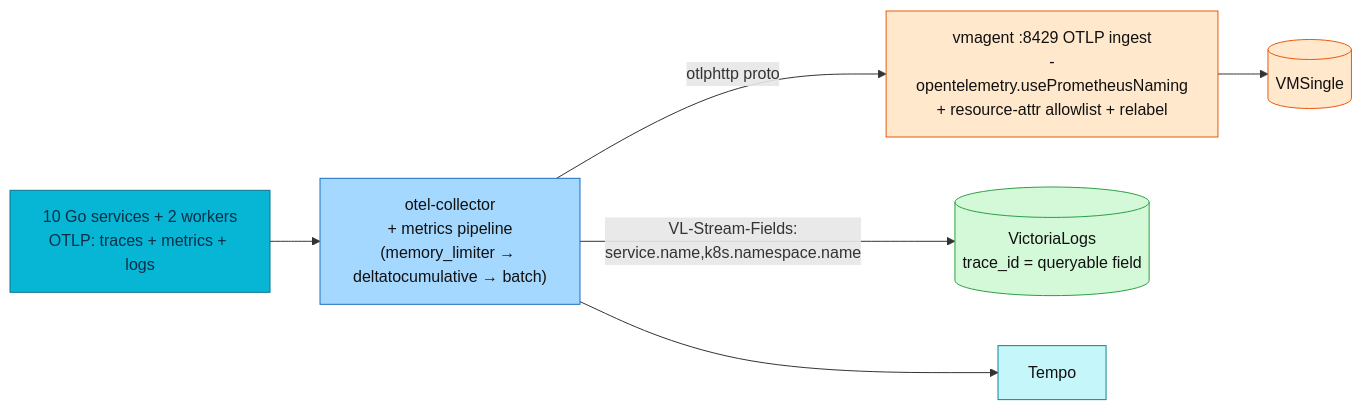
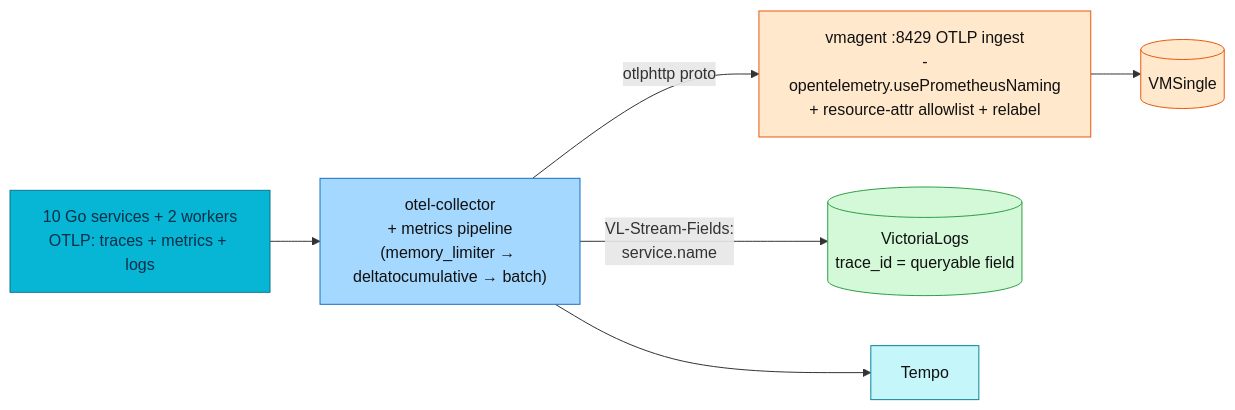
One commit to duynhlab/homelab changed the second of 2 diagrams in docs/observability/opentelemetry/README.md. Above: the diagram before and after it, drawn with Mermaid. The commit also changed 2 other files, not shown here.

First paragraph of the commit message:
Metrics-apps doc: correctness fixes + Business metrics section (#520)
* Correct OTel doc inaccuracies against the pinned code

````diff
--- a/docs/observability/opentelemetry/README.md
+++ b/docs/observability/opentelemetry/README.md
@@ -197,19 +197,19 @@
 ```mermaid
 flowchart LR
     SVC2["10 Go services + 2 workers<br/>OTLP: traces + metrics + logs"] --> COL2["otel-collector<br/>+ metrics pipeline<br/>(memory_limiter → deltatocumulative → batch)"]
     COL2 -->|"otlphttp proto"| VMA["vmagent :8429 OTLP ingest<br/>-opentelemetry.usePrometheusNaming<br/>+ resource-attr allowlist + relabel"]
     VMA --> VMS[("VMSingle")]
-    COL2 -->|"VL-Stream-Fields:<br/>service.name,k8s.namespace.name"| VLX[("VictoriaLogs<br/>trace_id = queryable field")]
+    COL2 -->|"VL-Stream-Fields:<br/>service.name"| VLX[("VictoriaLogs<br/>trace_id = queryable field")]
     COL2 --> T3["Tempo"]
 
     classDef app fill:#06b6d4,color:#082f49,stroke:#0e7490;
     classDef otc fill:#a5d8ff,color:#111,stroke:#1971c2;
     classDef metric fill:#ffe8cc,color:#111,stroke:#e8590c;
     classDef log fill:#d3f9d8,color:#111,stroke:#2f9e44;
     classDef trace fill:#c5f6fa,color:#111,stroke:#0c8599;
     class SVC2 app;
     class COL2 otc;
     class VMA,VMS metric;
     class VLX log;
     class T3 trace;
 ```
````
